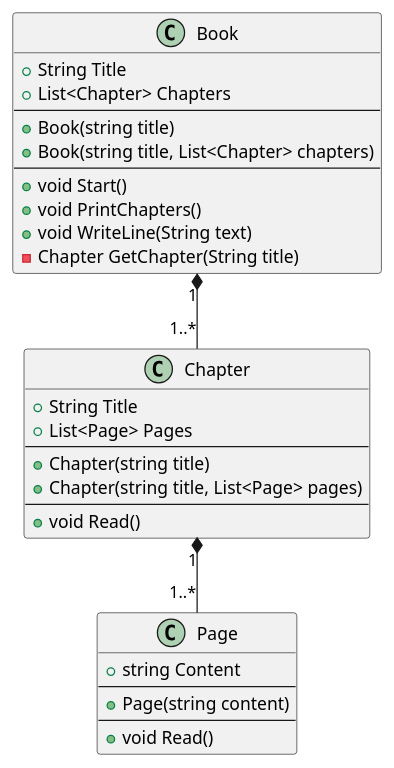
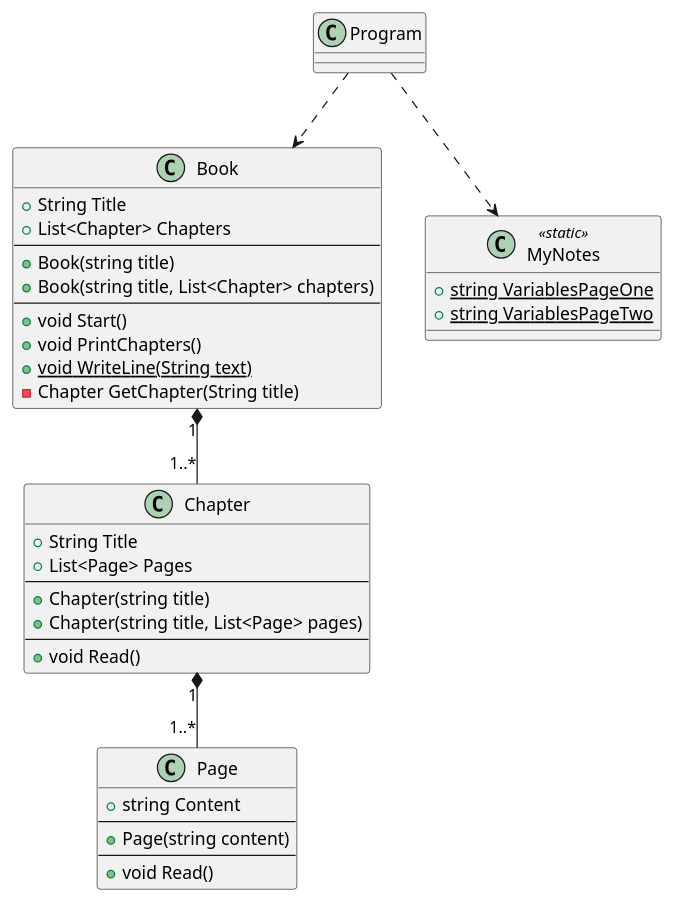
The diagram in ClassDiagram.puml (tvdpt/MyNotes), drawn with PlantUML before and after one commit.

Commit message:
updated class diagram

```diff
--- a/ClassDiagram.puml
+++ b/ClassDiagram.puml
@@ -1,37 +1,49 @@
 @startuml
+
+class Program{
+    
+}
 
 class Book{
     + String Title
     + List<Chapter> Chapters
     --
     + Book(string title)
     + Book(string title, List<Chapter> chapters)
     --
     + void Start()
     + void PrintChapters()
-    + void WriteLine(String text)
+    + {static} void WriteLine(String text)
     - Chapter GetChapter(String title)
 }
 
 class Chapter{
     + String Title
     + List<Page> Pages
     --
     + Chapter(string title)
     + Chapter(string title, List<Page> pages)
     --
     + void Read()
 }
 
 Class Page{
     + string Content
     --
     + Page(string content)
     --
     + void Read()
 }
 
+class MyNotes <<static>>{
+    + {static} string VariablesPageOne
+    + {static} string VariablesPageTwo
+}
+
 Book "1" *-- "1..*" Chapter
 Chapter "1" *-- "1..*" Page
 
+Program ..> Book
+Program ..> MyNotes
+
 @enduml
```
